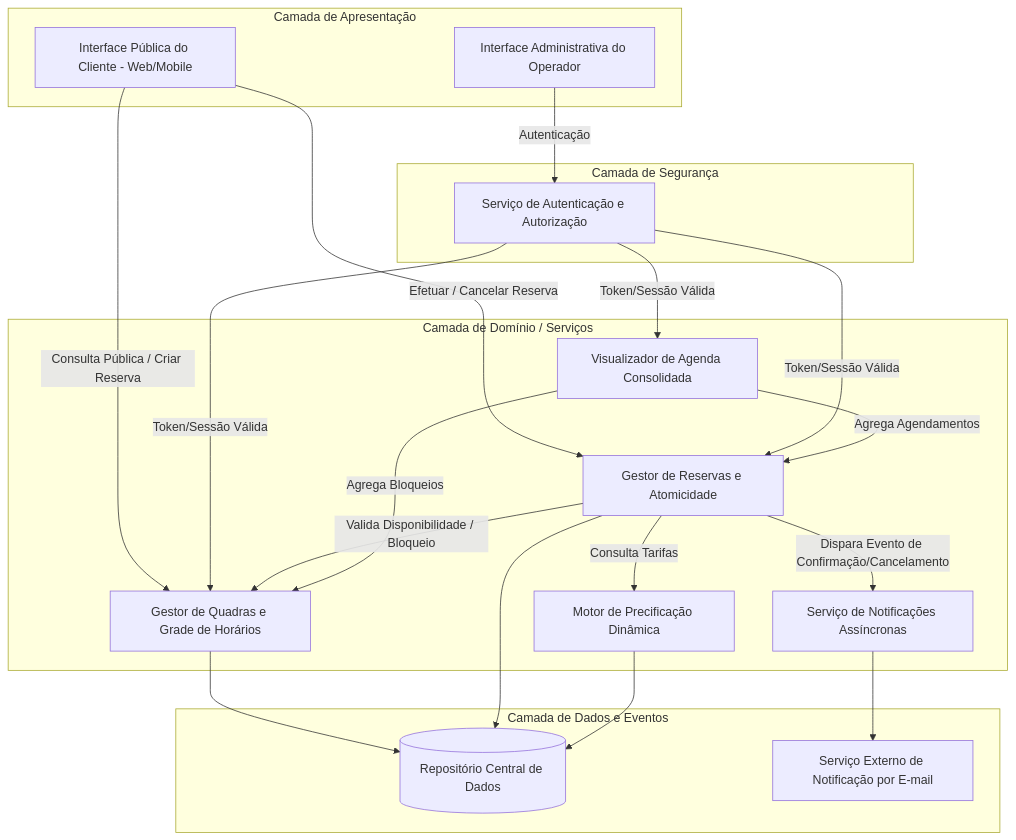
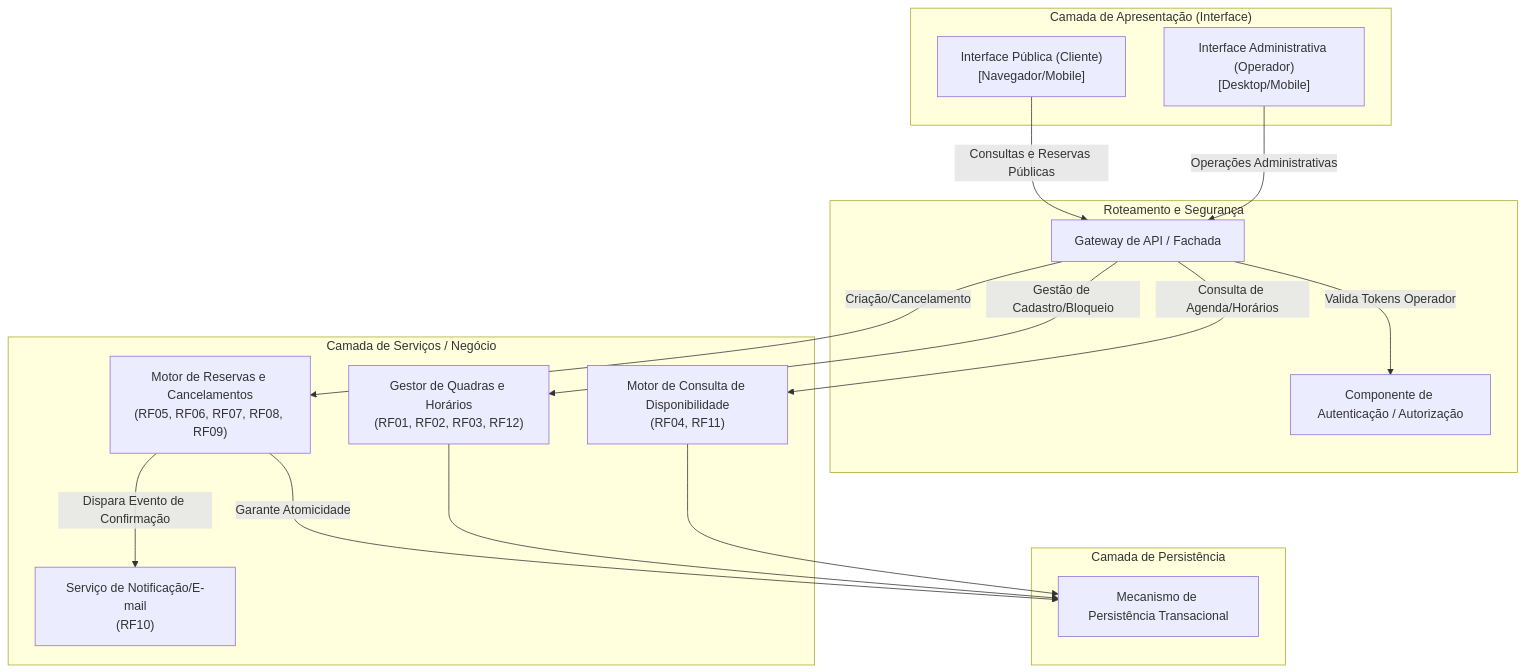
The first of 2 diagrams in docs/Time_2_Design/analise-qualitativa/outputs/relatorio_gemini_3_6_flash_P05.md (PDC-ESIA/AI4ES), drawn with Mermaid before and after one commit. The commit also changed other lines of this file and 107 other files, not shown here.

````diff
--- a/docs/Time_2_Design/analise-qualitativa/outputs/relatorio_gemini_3_6_flash_P05.md
+++ b/docs/Time_2_Design/analise-qualitativa/outputs/relatorio_gemini_3_6_flash_P05.md
@@ -26,51 +27,37 @@
 ```mermaid
 graph TD
-    %% Interface e Acesso
-    subgraph Camada_Apresentacao [Camada de Apresentação]
-        UI_Pub[Interface Pública do Cliente - Web/Mobile]
-        UI_Adm[Interface Administrativa do Operador]
+    subgraph Camada_Apresentacao["Camada de Apresentação (Interface)"]
+        UI_Cliente["Interface Pública (Cliente)<br/>[Navegador/Mobile]"]
+        UI_Operador["Interface Administrativa (Operador)<br/>[Desktop/Mobile]"]
     end
 
-    %% Segurança e Autenticação
-    subgraph Camada_Seguranca [Camada de Segurança]
-        Sec_Auth[Serviço de Autenticação e Autorização]
+    subgraph Roteamento_Seguranca["Roteamento e Segurança"]
+        API_Gateway["Gateway de API / Fachada"]
+        Servico_Auth["Componente de Autenticação / Autorização"]
     end
 
-    %% Serviços de Negócio
-    subgraph Camada_Negocio [Camada de Domínio / Serviços]
-        Comp_Quadra[Gestor de Quadras e Grade de Horários]
-        Comp_Reserva[Gestor de Reservas e Atomicidade]
-        Comp_Preco[Motor de Precificação Dinâmica]
-        Comp_Agenda[Visualizador de Agenda Consolidada]
-        Comp_Notif[Serviço de Notificações Assíncronas]
+    subgraph Camada_Negocio["Camada de Serviços / Negócio"]
+        Gestor_Quadras["Gestor de Quadras e Horários<br/>(RF01, RF02, RF03, RF12)"]
+        Gestor_Disponibilidade["Motor de Consulta de Disponibilidade<br/>(RF04, RF11)"]
+        Gestor_Reservas["Motor de Reservas e Cancelamentos<br/>(RF05, RF06, RF07, RF08, RF09)"]
+        Servico_Notificacao["Serviço de Notificação/E-mail<br/>(RF10)"]
     end
 
-    %% Persistência e Integrações
-    subgraph Camada_Dados [Camada de Dados e Eventos]
-        Repo_Dados[(Repositório Central de Dados)]
-        Gateway_Email[Serviço Externo de Notificação por E-mail]
+    subgraph Camada_Dados["Camada de Persistência"]
+        Repositorio_Dados["Mecanismo de Persistência Transacional"]
     end
 
-    %% Conexões Cliente
-    UI_Pub -->|Consulta Pública / Criar Reserva| Comp_Quadra
-    UI_Pub -->|Efetuar / Cancelar Reserva| Comp_Reserva
+    %% Conexões
+    UI_Cliente -->|Consultas e Reservas Públicas| API_Gateway
+    UI_Operador -->|Operações Administrativas| API_Gateway
+    
+    API_Gateway -->|Valida Tokens Operador| Servico_Auth
+    API_Gateway -->|Gestão de Cadastro/Bloqueio| Gestor_Quadras
+    API_Gateway -->|Consulta de Agenda/Horários| Gestor_Disponibilidade
+    API_Gateway -->|Criação/Cancelamento| Gestor_Reservas
 
-    %% Conexões Operador
-    UI_Adm -->|Autenticação| Sec_Auth
-    Sec_Auth -->|Token/Sessão Válida| Comp_Quadra
-    Sec_Auth -->|Token/Sessão Válida| Comp_Agenda
-    Sec_Auth -->|Token/Sessão Válida| Comp_Reserva
-
-    %% Conexões Internas
-    Comp_Reserva -->|Consulta Tarifas| Comp_Preco
-    Comp_Reserva -->|Valida Disponibilidade / Bloqueio| Comp_Quadra
-    Comp_Reserva -->|Dispara Evento de Confirmação/Cancelamento| Comp_Notif
-    Comp_Agenda -->|Agrega Agendamentos| Comp_Reserva
-    Comp_Agenda -->|Agrega Bloqueios| Comp_Quadra
-
-    %% Persistência
-    Comp_Quadra --> Repo_Dados
-    Comp_Reserva --> Repo_Dados
-    Comp_Preco --> Repo_Dados
-    Comp_Notif --> Gateway_Email
+    Gestor_Reservas -->|Garante Atomicidade| Repositorio_Dados
+    Gestor_Reservas -->|Dispara Evento de Confirmação| Servico_Notificacao
+    Gestor_Quadras --> Repositorio_Dados
+    Gestor_Disponibilidade --> Repositorio_Dados
 ```
````
